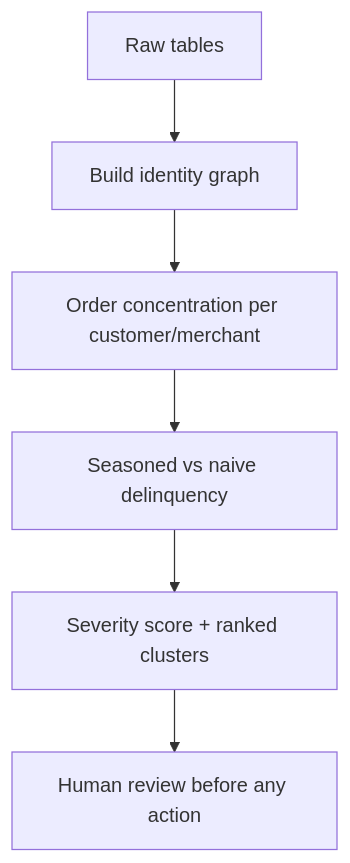
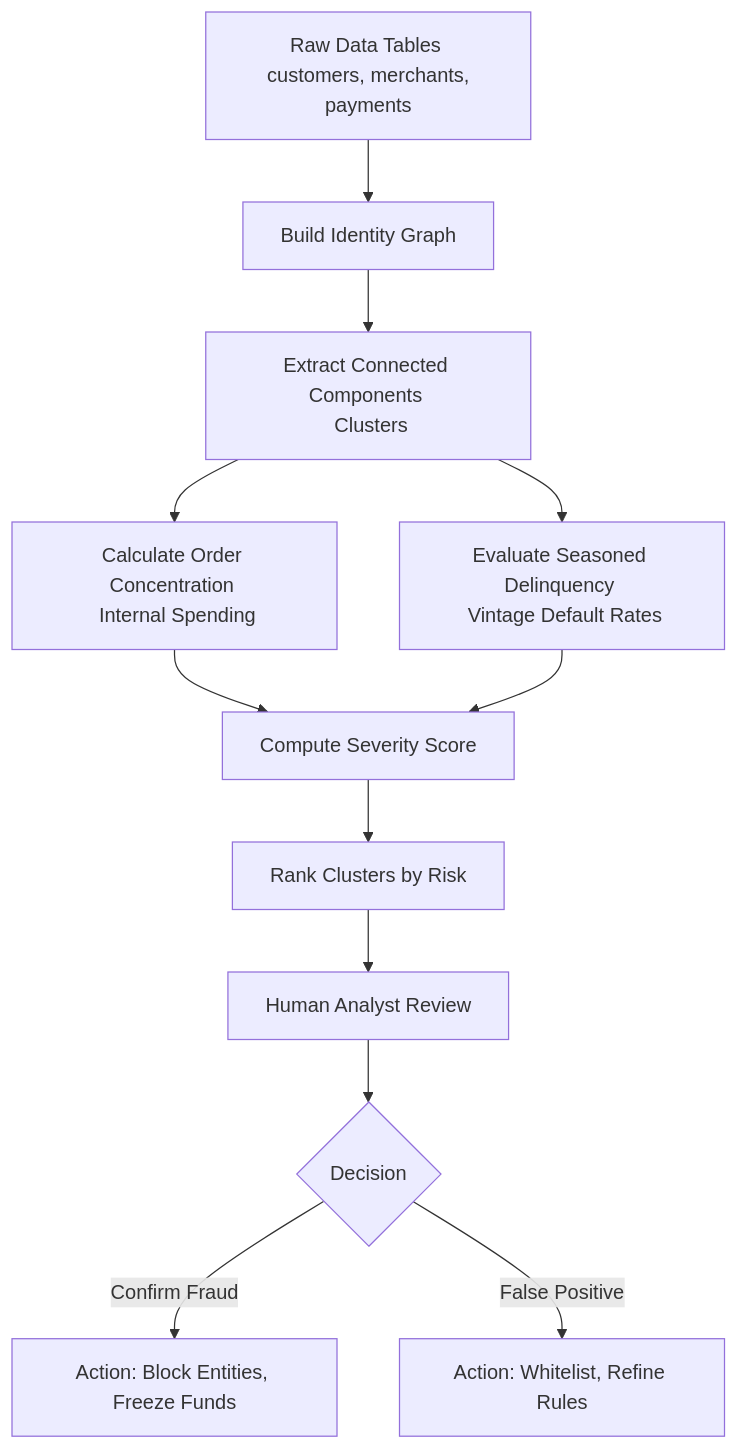
Before and after one commit to gouthamb002/claritypay: the diagram in APPROACH.md, drawn with Mermaid. The commit also changed other lines of this file and 10 other files, not shown here.

Commit message:
Complete ClarityPay assignment: Repayment Analytics, Identity Graph, and Governance

````diff
--- a/APPROACH.md
+++ b/APPROACH.md
@@ -12,8 +7,14 @@
 ```mermaid
 flowchart TD
-    A[Raw tables] --> B[Build identity graph]
-    B --> C[Order concentration per customer/merchant]
-    C --> D[Seasoned vs naive delinquency]
-    D --> E[Severity score + ranked clusters]
-    E --> F[Human review before any action]
+    A[Raw Data Tables <br/> customers, merchants, payments] --> B[Build Identity Graph]
+    B --> C[Extract Connected Components <br/> Clusters]
+    C --> D[Calculate Order Concentration <br/> Internal Spending]
+    C --> E[Evaluate Seasoned Delinquency <br/> Vintage Default Rates]
+    D --> F[Compute Severity Score]
+    E --> F
+    F --> G[Rank Clusters by Risk]
+    G --> H[Human Analyst Review]
+    H --> I{Decision}
+    I -->|Confirm Fraud| J[Action: Block Entities, Freeze Funds]
+    I -->|False Positive| K[Action: Whitelist, Refine Rules]
 ```
````
